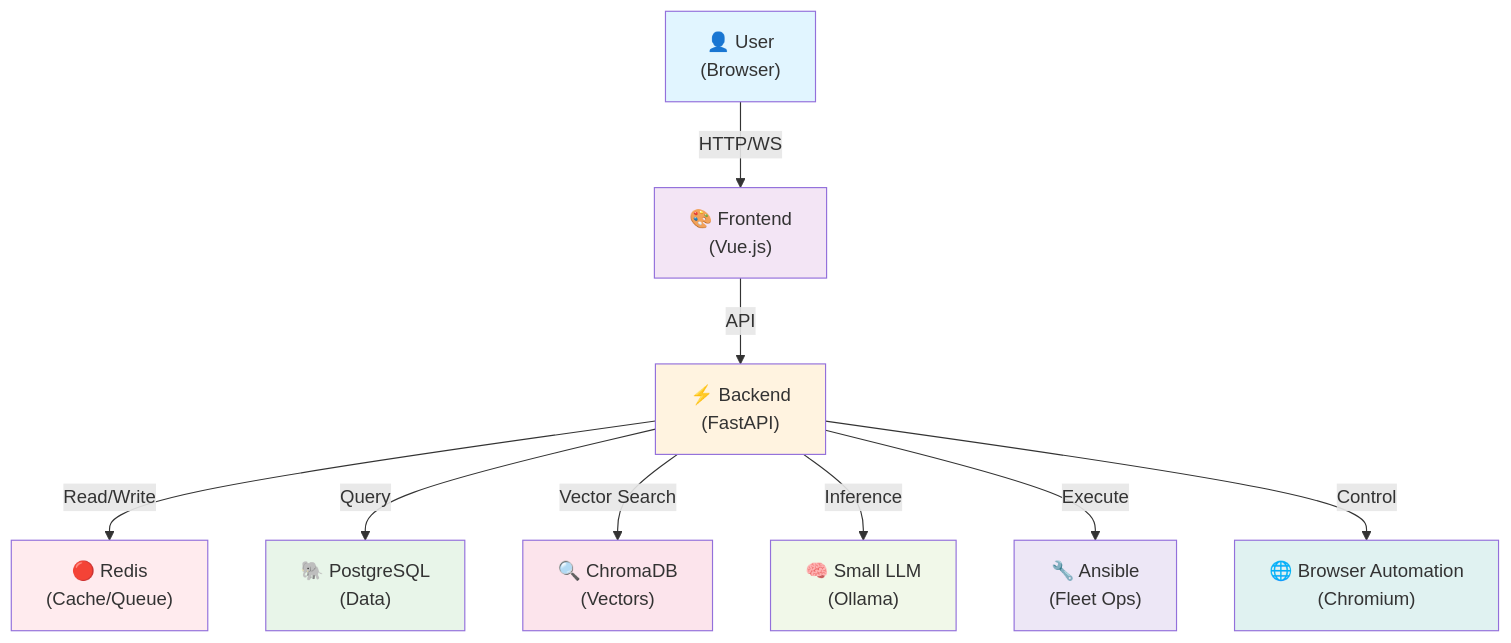
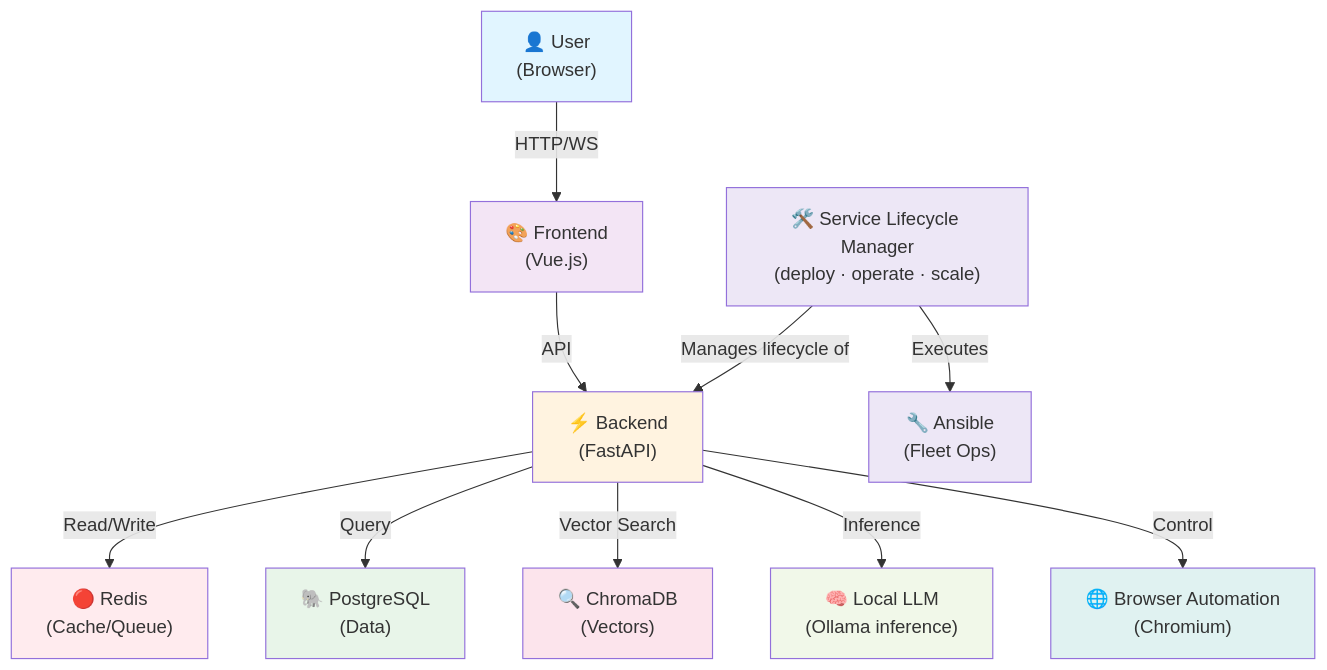
The diagram in README.md (mrveiss/AutoBot-AI), drawn with Mermaid before and after one commit. The commit also changed other lines of this file, not shown here.

First line of the commit message:
docs(readme): reposition around platform core, SLM, and modules

````diff
--- a/README.md
+++ b/README.md
@@ -119,36 +178,39 @@
 ```mermaid
 graph TB
     User["👤 User<br/>(Browser)"]
     Frontend["🎨 Frontend<br/>(Vue.js)"]
     Backend["⚡ Backend<br/>(FastAPI)"]
-    
+
     Redis["🔴 Redis<br/>(Cache/Queue)"]
     PostgreSQL["🐘 PostgreSQL<br/>(Data)"]
     ChromaDB["🔍 ChromaDB<br/>(Vectors)"]
-    
-    SLM["🧠 Small LLM<br/>(Ollama)"]
-    
+
+    Inference["🧠 Local LLM<br/>(Ollama inference)"]
+
+    SLM["🛠️ Service Lifecycle Manager<br/>(deploy · operate · scale)"]
     Ansible["🔧 Ansible<br/>(Fleet Ops)"]
     Browser["🌐 Browser Automation<br/>(Chromium)"]
 
     User -->|HTTP/WS| Frontend
     Frontend -->|API| Backend
-    
+
     Backend -->|Read/Write| Redis
     Backend -->|Query| PostgreSQL
     Backend -->|Vector Search| ChromaDB
-    Backend -->|Inference| SLM
-    
-    Backend -->|Execute| Ansible
+    Backend -->|Inference| Inference
+
     Backend -->|Control| Browser
+    SLM -->|Manages lifecycle of| Backend
+    SLM -->|Executes| Ansible
 
     style User fill:#e1f5ff
     style Frontend fill:#f3e5f5
     style Backend fill:#fff3e0
     style Redis fill:#ffebee
     style PostgreSQL fill:#e8f5e9
     style ChromaDB fill:#fce4ec
-    style SLM fill:#f1f8e9
+    style Inference fill:#f1f8e9
+    style SLM fill:#ede7f6
     style Ansible fill:#ede7f6
     style Browser fill:#e0f2f1
 ```
````
